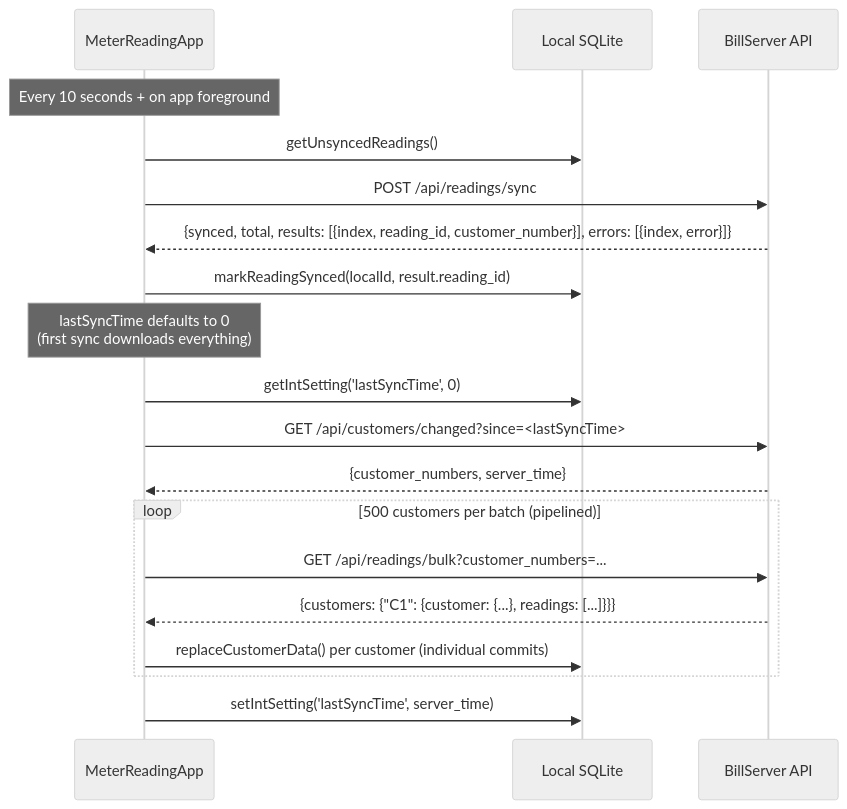
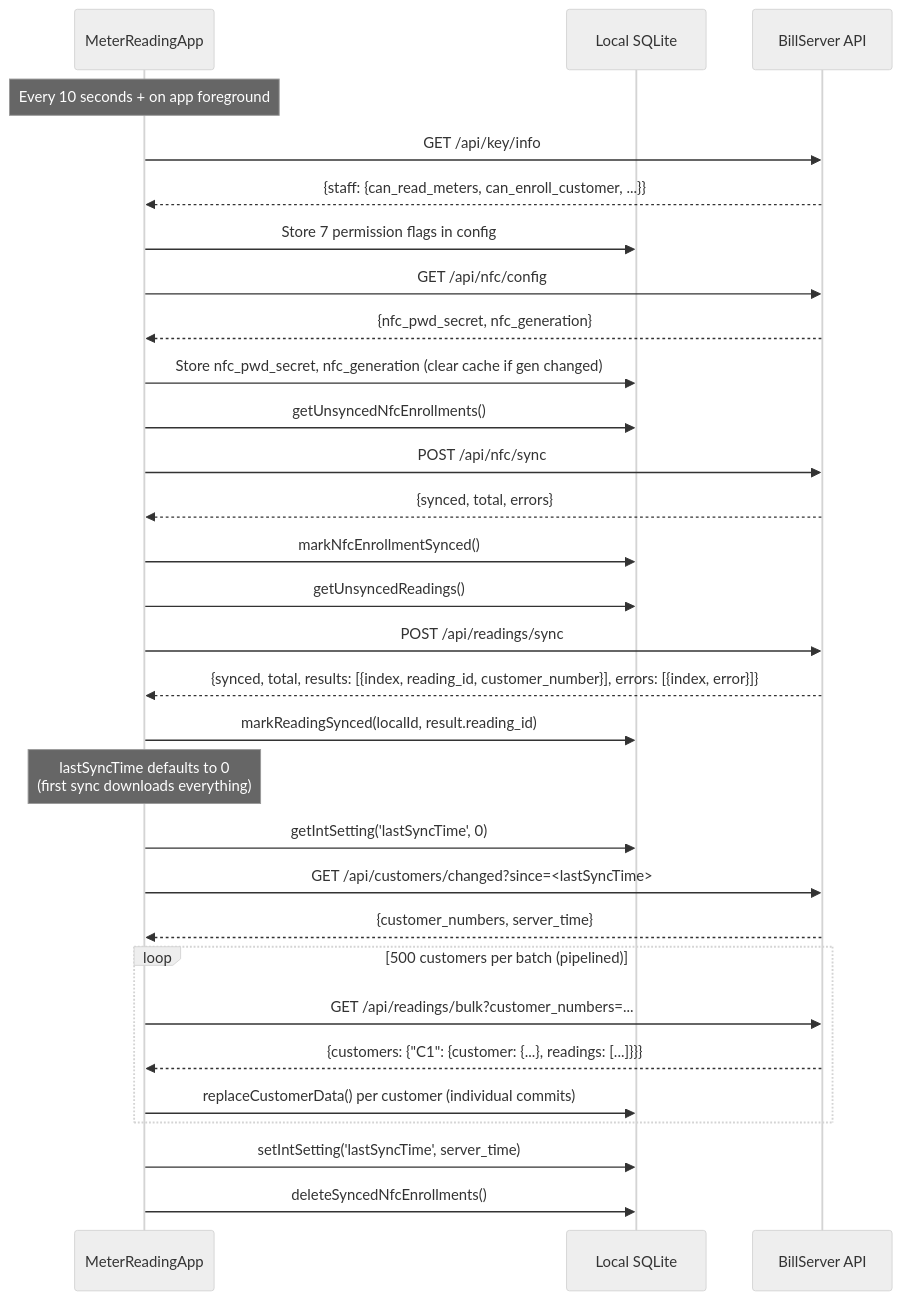
The first of 3 diagrams in documentation/docs/meter-reading-app/sync.md (NovaProtocol/WaterBillingSystem), drawn with Mermaid (neutral theme) before and after one commit. The commit also changed other lines of this file and 14 other files, not shown here.

````diff
--- a/documentation/docs/meter-reading-app/sync.md
+++ b/documentation/docs/meter-reading-app/sync.md
@@ -7,26 +7,40 @@
 ```mermaid
 sequenceDiagram
     participant App as MeterReadingApp
     participant DB as Local SQLite
     participant API as BillServer API
 
     Note over App: Every 10 seconds + on app foreground
+
+    App->>API: GET /api/key/info
+    API-->>App: {staff: {can_read_meters, can_enroll_customer, ...}}
+    App->>DB: Store 7 permission flags in config
+
+    App->>API: GET /api/nfc/config
+    API-->>App: {nfc_pwd_secret, nfc_generation}
+    App->>DB: Store nfc_pwd_secret, nfc_generation (clear cache if gen changed)
+
+    App->>DB: getUnsyncedNfcEnrollments()
+    App->>API: POST /api/nfc/sync
+    API-->>App: {synced, total, errors}
+    App->>DB: markNfcEnrollmentSynced()
 
     App->>DB: getUnsyncedReadings()
     App->>API: POST /api/readings/sync
     API-->>App: {synced, total, results: [{index, reading_id, customer_number}], errors: [{index, error}]}
     App->>DB: markReadingSynced(localId, result.reading_id)
 
     Note over App: lastSyncTime defaults to 0<br/>(first sync downloads everything)
     App->>DB: getIntSetting('lastSyncTime', 0)
     App->>API: GET /api/customers/changed?since=<lastSyncTime>
     API-->>App: {customer_numbers, server_time}
 
     loop 500 customers per batch (pipelined)
         App->>API: GET /api/readings/bulk?customer_numbers=...
         API-->>App: {customers: {"C1": {customer: {...}, readings: [...]}}}
         App->>DB: replaceCustomerData() per customer (individual commits)
     end
 
     App->>DB: setIntSetting('lastSyncTime', server_time)
+    App->>DB: deleteSyncedNfcEnrollments()
 ```
````
